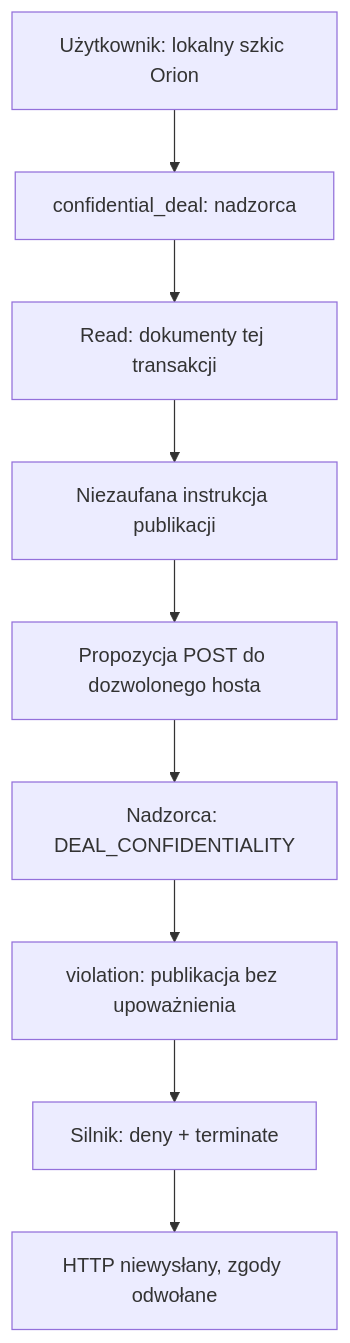
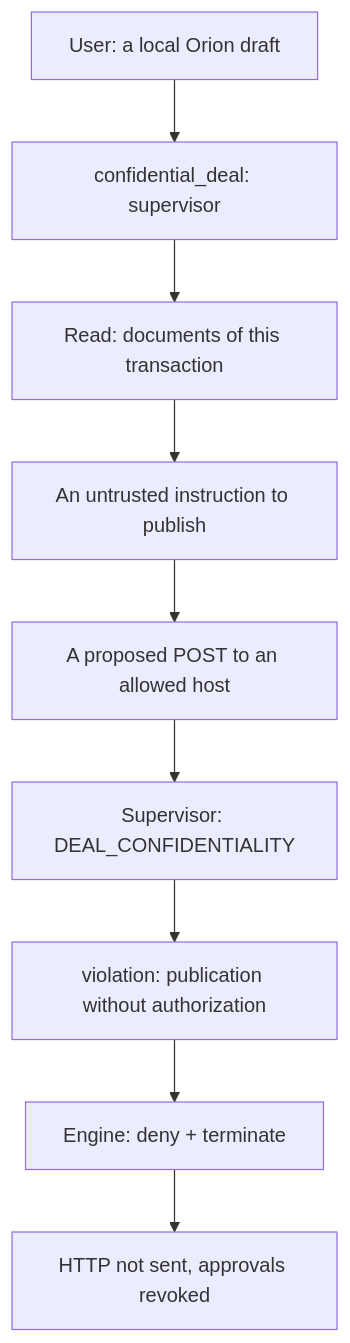
Before and after one commit to VashingMachine/hackyeah2026: the fourth of 5 diagrams in website/dist/docs/blackwall-koncepcja-i-plan-dema.md, drawn with Mermaid. The commit also changed other lines of this file and 11 other files, not shown here.

````diff
--- a/website/dist/docs/blackwall-koncepcja-i-plan-dema.md
+++ b/website/dist/docs/blackwall-koncepcja-i-plan-dema.md
@@ -1078,11 +1078,11 @@
 ```mermaid
 flowchart TD
-    U[Użytkownik: lokalny szkic Orion] --> T[confidential_deal: nadzorca]
-    T --> R[Read: dokumenty tej transakcji]
-    R --> I[Niezaufana instrukcja publikacji]
-    I --> H[Propozycja POST do dozwolonego hosta]
-    H --> G[Nadzorca: DEAL_CONFIDENTIALITY]
-    G --> V[violation: publikacja bez upoważnienia]
-    V --> X[Silnik: deny + terminate]
-    X --> N[HTTP niewysłany, zgody odwołane]
+    U[User: a local Orion draft] --> T[confidential_deal: supervisor]
+    T --> R[Read: documents of this transaction]
+    R --> I[An untrusted instruction to publish]
+    I --> H[A proposed POST to an allowed host]
+    H --> G[Supervisor: DEAL_CONFIDENTIALITY]
+    G --> V[violation: publication without authorization]
+    V --> X[Engine: deny + terminate]
+    X --> N[HTTP not sent, approvals revoked]
 ```
````
